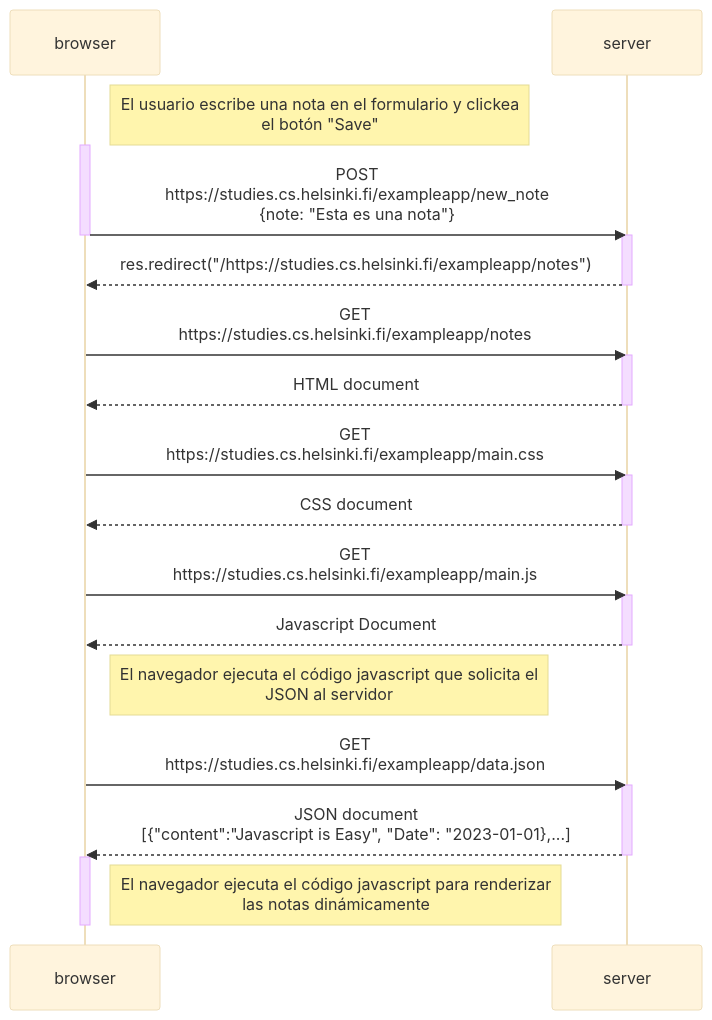
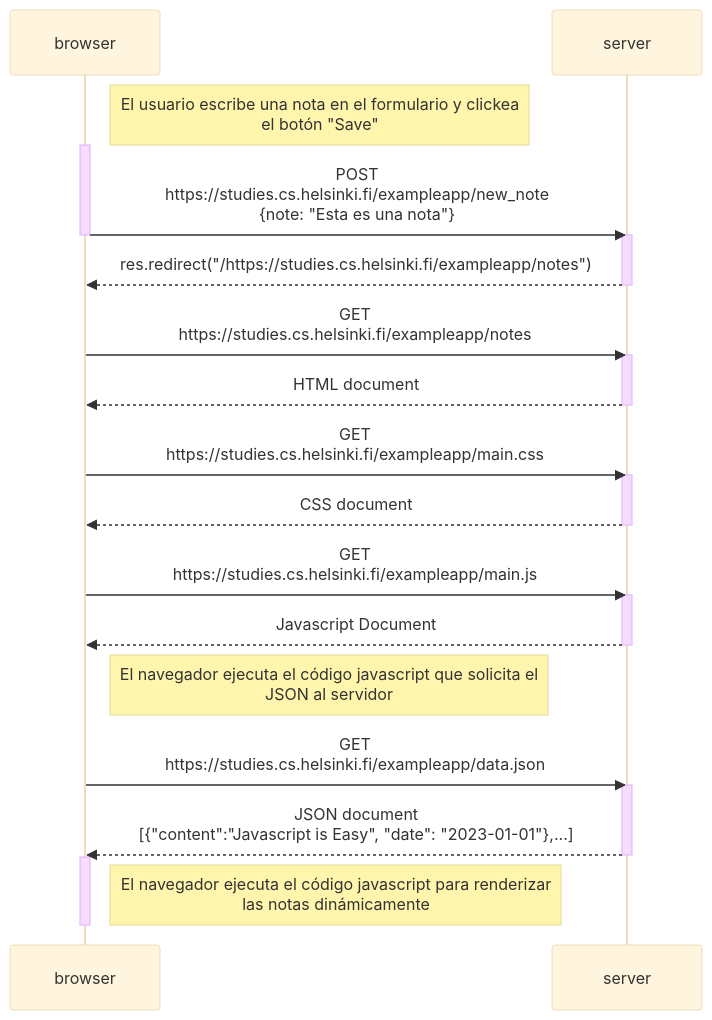
The diagram in part0/Ejercicio_4.md (tinchoran/fullStackOpenCurso), drawn with Mermaid (base theme) before and after one commit. The commit also changed other lines of this file and 1 other file, not shown here.

Commit message:
Realización del ejercicio 0.5

````diff
--- a/part0/Ejercicio_4.md
+++ b/part0/Ejercicio_4.md
@@ -1,42 +3,42 @@
 ```mermaid
 sequenceDiagram
     participant browser
     participant server
 
     Note right of browser: El usuario escribe una nota en el formulario y clickea <br> el botón "Save"
 
     activate browser
     browser ->> server: POST <br> https://studies.cs.helsinki.fi/exampleapp/new_note <br>{note: "Esta es una nota"}
     deactivate browser
 
     activate server
     server -->> browser: res.redirect("/https://studies.cs.helsinki.fi/exampleapp/notes")
     deactivate server
 
     browser ->> server: GET<br> https://studies.cs.helsinki.fi/exampleapp/notes
     activate server
     server -->> browser: HTML document
     deactivate server
 
     browser->>server: GET <br> https://studies.cs.helsinki.fi/exampleapp/main.css
     activate server
     server-->>browser: CSS document
     deactivate server
 
     browser->>server: GET <br> https://studies.cs.helsinki.fi/exampleapp/main.js
     activate server
     server-->>browser: Javascript Document
     deactivate server
 
     Note right of browser: El navegador ejecuta el código javascript que solicita el <br> JSON al servidor
 
     browser->>server: GET <br> https://studies.cs.helsinki.fi/exampleapp/data.json
     activate server
-    server-->>browser: JSON document <br> [{"content":"Javascript is Easy", "Date": "2023-01-01},...]
+    server-->>browser: JSON document <br> [{"content":"Javascript is Easy", "date": "2023-01-01"},...]
     deactivate server
 
     activate browser
     Note right of browser: El navegador ejecuta el código javascript para renderizar <br>las notas dinámicamente 
     deactivate browser
 
 ```
````
